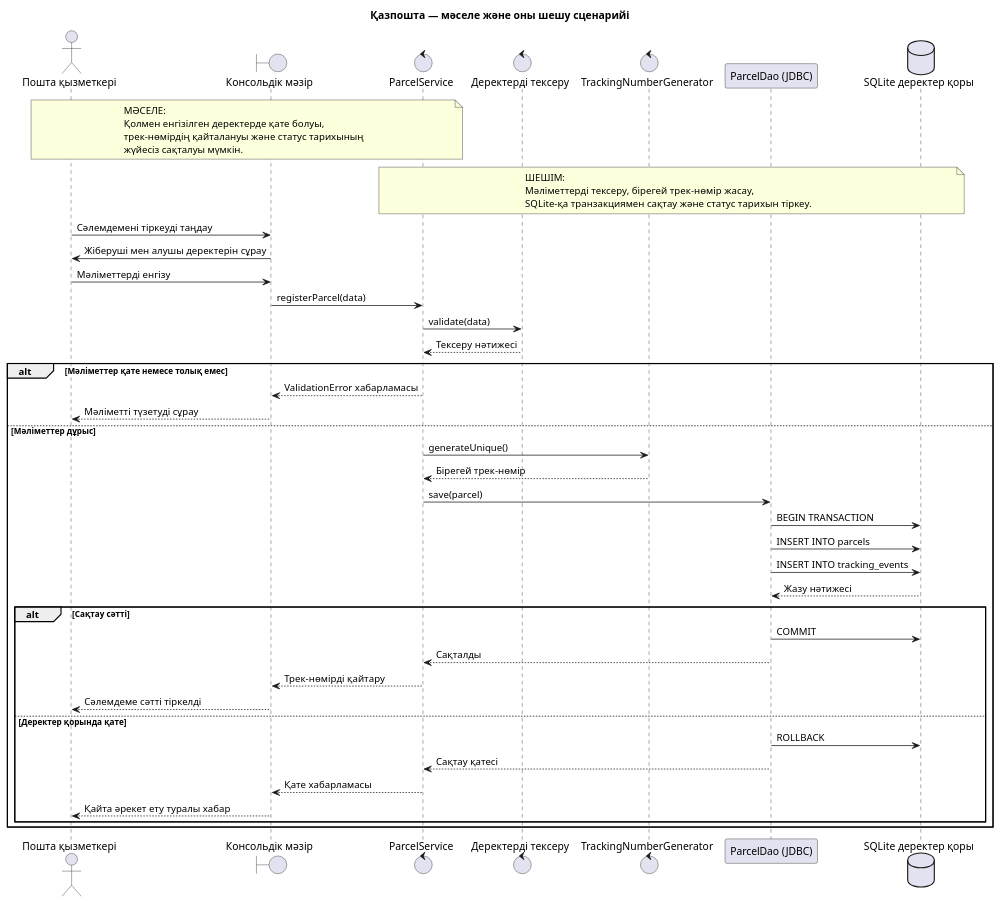
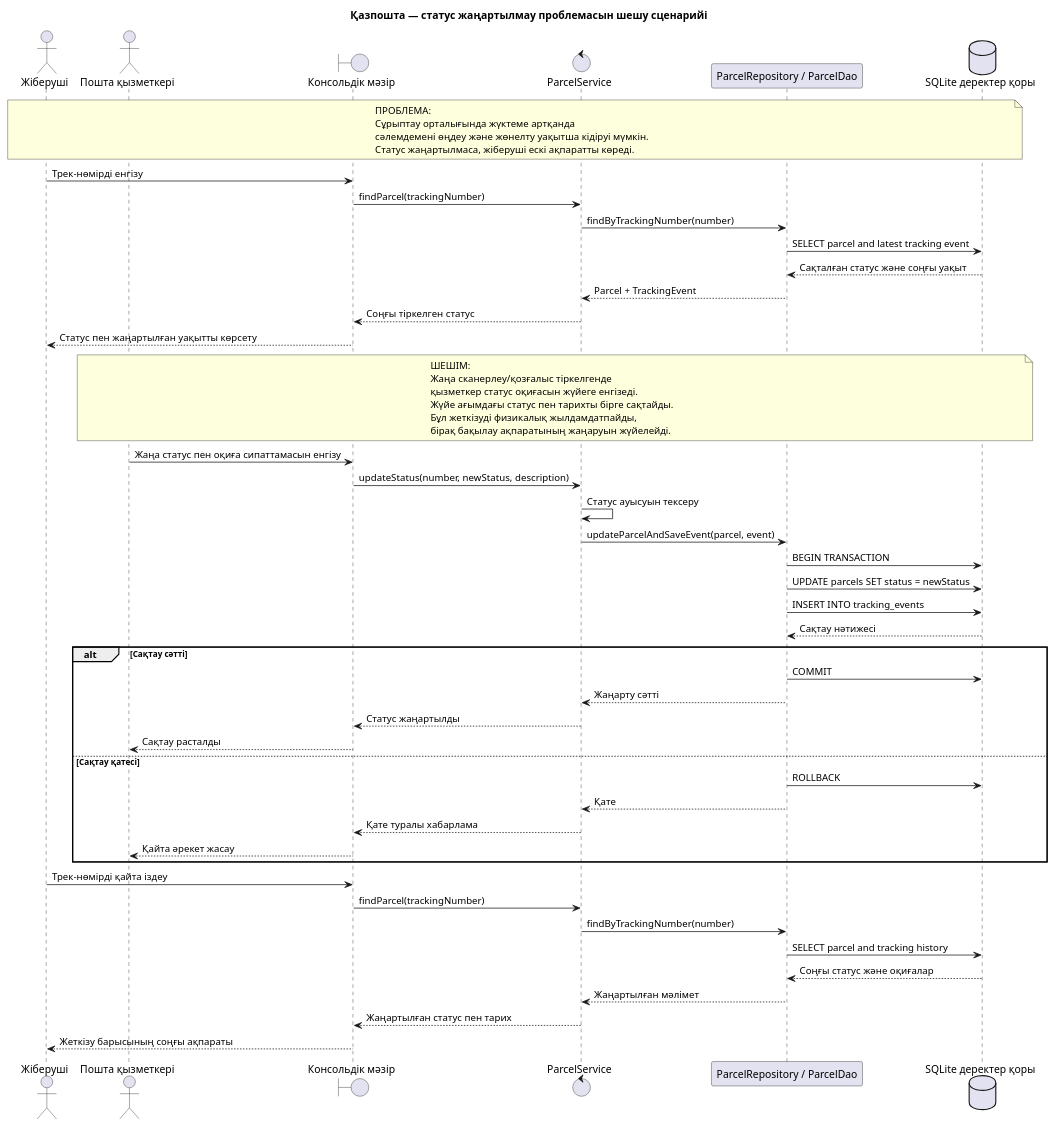
Before and after one commit to ajymaskar082/Kazpost-Parcel-Tracking: the diagram in docs/uml/sequence-diagram.puml, drawn with PlantUML.

Commit message:
Align sequence scenario with delayed tracking status problem

```diff
--- a/docs/uml/sequence-diagram.puml
+++ b/docs/uml/sequence-diagram.puml
@@ -1,56 +1,65 @@
 @startuml
-title Қазпошта — мәселе және оны шешу сценарийі
+title Қазпошта — статус жаңартылмау проблемасын шешу сценарийі
 skinparam shadowing false
 
+actor "Жіберуші" as Sender
 actor "Пошта қызметкері" as Operator
 boundary "Консольдік мәзір" as Menu
 control "ParcelService" as Service
-control "Деректерді тексеру" as Validator
-control "TrackingNumberGenerator" as Generator
-participant "ParcelDao (JDBC)" as DAO
+participant "ParcelRepository / ParcelDao" as Repository
 database "SQLite деректер қоры" as DB
 
-note over Operator,Service
-МӘСЕЛЕ:
-Қолмен енгізілген деректерде қате болуы,
-трек-нөмірдің қайталануы және статус тарихының
-жүйесіз сақталуы мүмкін.
+note over Sender,DB
+ПРОБЛЕМА:
+Сұрыптау орталығында жүктеме артқанда
+сәлемдемені өңдеу және жөнелту уақытша кідіруі мүмкін.
+Статус жаңартылмаса, жіберуші ескі ақпаратты көреді.
 end note
 
-note over Service,DB
+Sender -> Menu : Трек-нөмірді енгізу
+Menu -> Service : findParcel(trackingNumber)
+Service -> Repository : findByTrackingNumber(number)
+Repository -> DB : SELECT parcel and latest tracking event
+DB --> Repository : Сақталған статус және соңғы уақыт
+Repository --> Service : Parcel + TrackingEvent
+Service --> Menu : Соңғы тіркелген статус
+Menu --> Sender : Статус пен жаңартылған уақытты көрсету
+
+note over Operator,DB
 ШЕШІМ:
-Мәліметтерді тексеру, бірегей трек-нөмір жасау,
-SQLite-қа транзакциямен сақтау және статус тарихын тіркеу.
+Жаңа сканерлеу/қозғалыс тіркелгенде
+қызметкер статус оқиғасын жүйеге енгізеді.
+Жүйе ағымдағы статус пен тарихты бірге сақтайды.
+Бұл жеткізуді физикалық жылдамдатпайды,
+бірақ бақылау ақпаратының жаңаруын жүйелейді.
 end note
 
-Operator -> Menu : Сәлемдемені тіркеуді таңдау
-Menu -> Operator : Жіберуші мен алушы деректерін сұрау
-Operator -> Menu : Мәліметтерді енгізу
-Menu -> Service : registerParcel(data)
-Service -> Validator : validate(data)
-Validator --> Service : Тексеру нәтижесі
+Operator -> Menu : Жаңа статус пен оқиға сипаттамасын енгізу
+Menu -> Service : updateStatus(number, newStatus, description)
+Service -> Service : Статус ауысуын тексеру
+Service -> Repository : updateParcelAndSaveEvent(parcel, event)
+Repository -> DB : BEGIN TRANSACTION
+Repository -> DB : UPDATE parcels SET status = newStatus
+Repository -> DB : INSERT INTO tracking_events
+DB --> Repository : Сақтау нәтижесі
+alt Сақтау сәтті
+  Repository -> DB : COMMIT
+  Repository --> Service : Жаңарту сәтті
+  Service --> Menu : Статус жаңартылды
+  Menu --> Operator : Сақтау расталды
+else Сақтау қатесі
+  Repository -> DB : ROLLBACK
+  Repository --> Service : Қате
+  Service --> Menu : Қате туралы хабарлама
+  Menu --> Operator : Қайта әрекет жасау
+end
 
-alt Мәліметтер қате немесе толық емес
-  Service --> Menu : ValidationError хабарламасы
-  Menu --> Operator : Мәліметті түзетуді сұрау
-else Мәліметтер дұрыс
-  Service -> Generator : generateUnique()
-  Generator --> Service : Бірегей трек-нөмір
-  Service -> DAO : save(parcel)
-  DAO -> DB : BEGIN TRANSACTION
-  DAO -> DB : INSERT INTO parcels
-  DAO -> DB : INSERT INTO tracking_events
-  DB --> DAO : Жазу нәтижесі
-  alt Сақтау сәтті
-    DAO -> DB : COMMIT
-    DAO --> Service : Сақталды
-    Service --> Menu : Трек-нөмірді қайтару
-    Menu --> Operator : Сәлемдеме сәтті тіркелді
-  else Деректер қорында қате
-    DAO -> DB : ROLLBACK
-    DAO --> Service : Сақтау қатесі
-    Service --> Menu : Қате хабарламасы
-    Menu --> Operator : Қайта әрекет ету туралы хабар
-  end
-end
+Sender -> Menu : Трек-нөмірді қайта іздеу
+Menu -> Service : findParcel(trackingNumber)
+Service -> Repository : findByTrackingNumber(number)
+Repository -> DB : SELECT parcel and tracking history
+DB --> Repository : Соңғы статус және оқиғалар
+Repository --> Service : Жаңартылған мәлімет
+Service --> Menu : Жаңартылған статус пен тарих
+Menu --> Sender : Жеткізу барысының соңғы ақпараты
 @enduml
```
